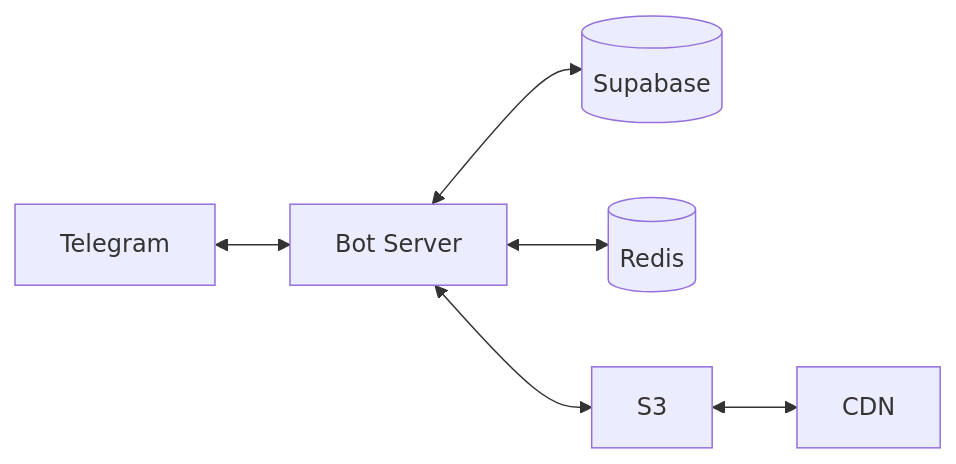
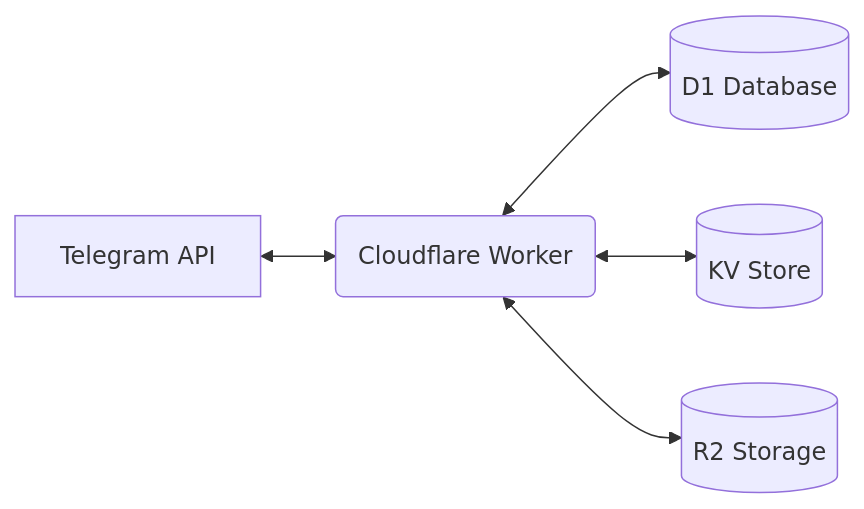
The second of 3 diagrams in _docs_/TECH.MD (irfndi/meets-match), drawn with Mermaid before and after one commit. The commit also changed other lines of this file and 5979 other files, not shown here.

````diff
--- a/_docs_/TECH.MD
+++ b/_docs_/TECH.MD
@@ -100,8 +98,7 @@
 ```mermaid
 graph LR
-    A[Telegram] <--> B[Bot Server]
-    B <--> C[(Supabase)]
-    B <--> D[(Redis)]
-    B <--> E[S3]
-    E <--> F[CDN]
+    A[Telegram API] <--> B(Cloudflare Worker)
+    B <--> C[(D1 Database)]
+    B <--> D[(KV Store)]
+    B <--> E[(R2 Storage)]
 ```
````
